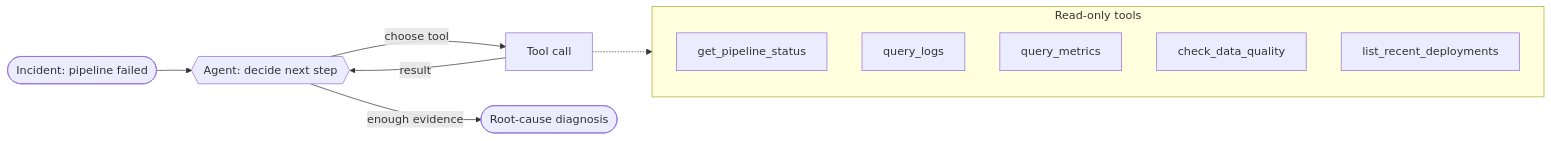
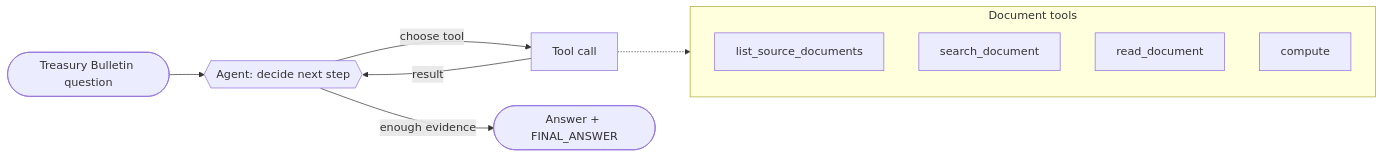
One commit to jtaylorisbell/agentic-facets changed the diagram in recipes/01_single_tool_agent/diagram.mmd. Above: the diagram before and after it, drawn with Mermaid. The commit also changed 51 other files, not shown here.

```diff
--- a/recipes/01_single_tool_agent/diagram.mmd
+++ b/recipes/01_single_tool_agent/diagram.mmd
@@ -1,15 +1,14 @@
 flowchart LR
-    In([Incident: pipeline failed]) --> A{{Agent: decide next step}}
+    Q([Treasury Bulletin question]) --> A{{Agent: decide next step}}
     A -->|choose tool| T[Tool call]
     T -->|result| A
-    A -->|enough evidence| Out([Root-cause diagnosis])
+    A -->|enough evidence| Out([Answer + FINAL_ANSWER])
 
-    subgraph tools [Read-only tools]
+    subgraph tools [Document tools]
         direction TB
-        t1[get_pipeline_status]
-        t2[query_logs]
-        t3[query_metrics]
-        t4[check_data_quality]
-        t5[list_recent_deployments]
+        t1[list_source_documents]
+        t2[search_document]
+        t3[read_document]
+        t4[compute]
     end
     T -.-> tools
```
